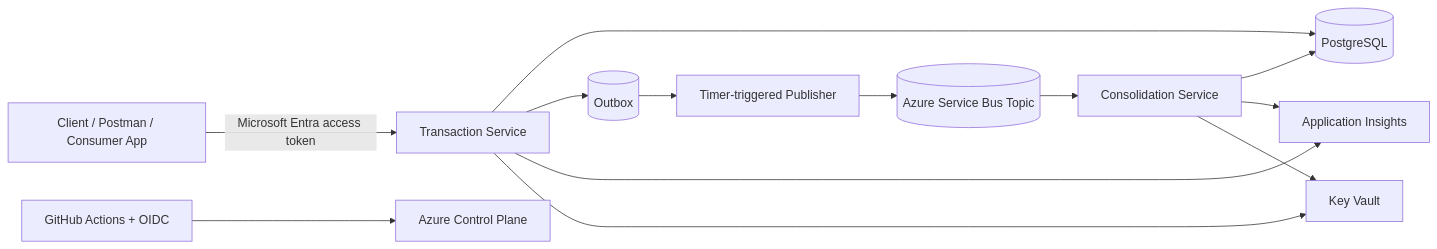
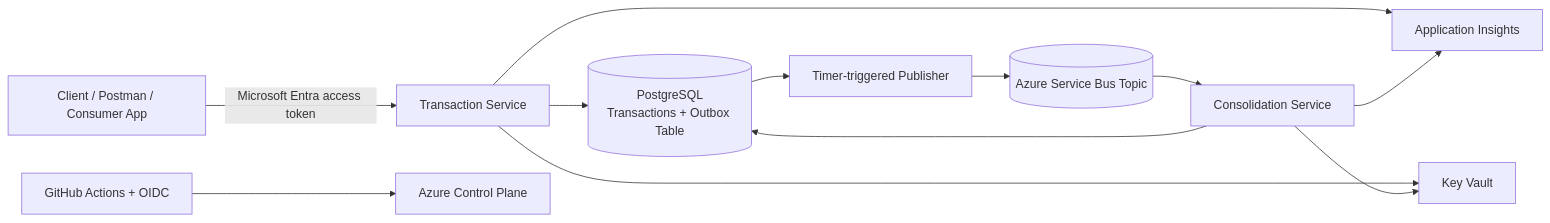
One commit to marcodevopsestudo-cpu/cashflow changed the diagram in docs/architecture-overview.md. Above: the diagram before and after it, drawn with Mermaid. The commit also changed 1 other file, not shown here.

Commit message:
fix
diagrama arquitetura

````diff
--- a/docs/architecture-overview.md
+++ b/docs/architecture-overview.md
@@ -27,15 +27,16 @@
 ```mermaid
 flowchart LR
     Client[Client / Postman / Consumer App] -->|Microsoft Entra access token| TxApi[Transaction Service]
-    TxApi --> Pg[(PostgreSQL)]
-    TxApi --> Outbox[(Outbox)]
-    Outbox --> Publisher[Timer-triggered Publisher]
+    GitHub[GitHub Actions + OIDC] --> Azure[Azure Control Plane]
+
+    TxApi --> Pg[(PostgreSQL<br/>Transactions + Outbox Table)]
+    Pg --> Publisher[Timer-triggered Publisher]
     Publisher --> Sb[(Azure Service Bus Topic)]
     Sb --> Consolidation[Consolidation Service]
     Consolidation --> Pg
+
     TxApi --> Ai[Application Insights]
     Consolidation --> Ai
     TxApi --> Kv[Key Vault]
     Consolidation --> Kv
-    GitHub[GitHub Actions + OIDC] --> Azure[Azure Control Plane]
 ```
````
